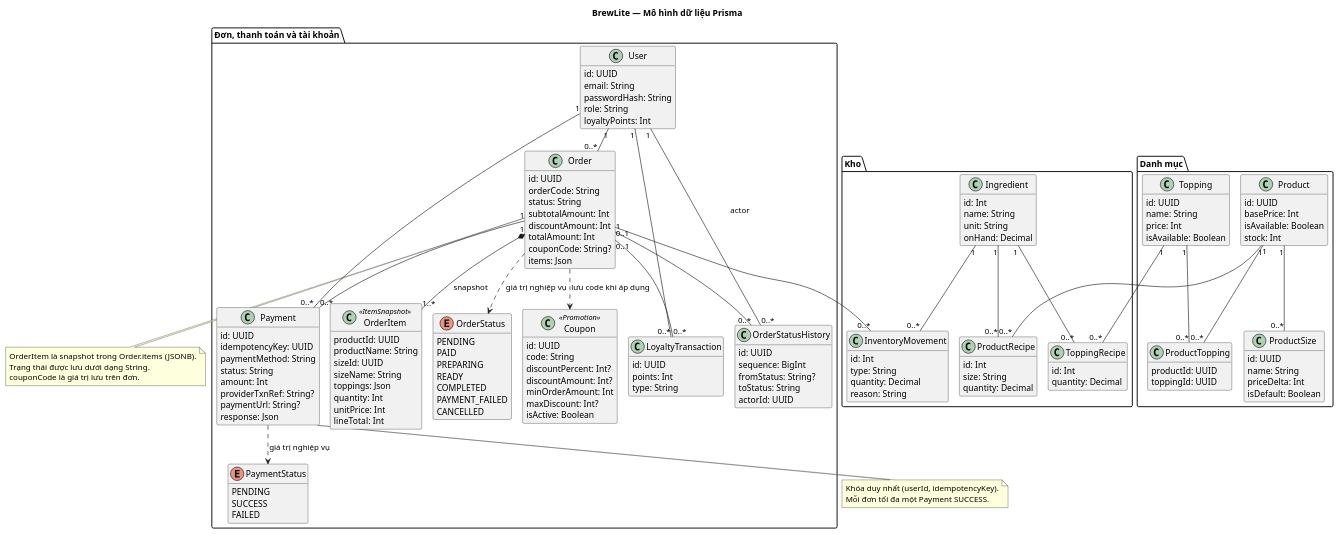
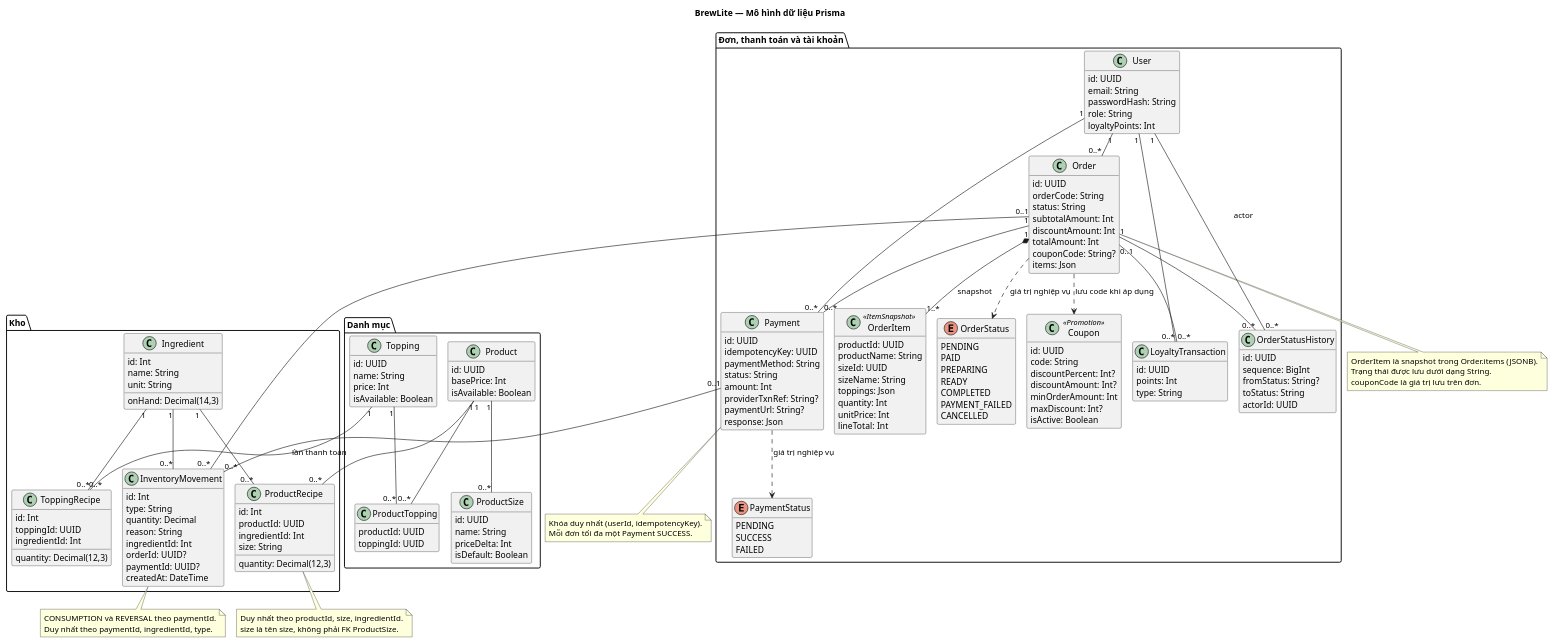
One commit to VKhair/brewlite changed the diagram in docs/diagrams/ClassDiagram_BrewLite.puml. Above: the diagram before and after it, drawn with PlantUML. The commit also changed 58 other files, not shown here.

```diff
--- a/docs/diagrams/ClassDiagram_BrewLite.puml
+++ b/docs/diagrams/ClassDiagram_BrewLite.puml
@@ -1,162 +1,178 @@
 @startuml
 title BrewLite — Mô hình dữ liệu Prisma
 !pragma layout smetana
 skinparam shadowing false
 skinparam classAttributeIconSize 0
 hide empty methods
 
 package "Danh mục" {
   class Product {
     id: UUID
     basePrice: Int
     isAvailable: Boolean
-    stock: Int
   }
   class ProductSize {
     id: UUID
     name: String
     priceDelta: Int
     isDefault: Boolean
   }
   class Topping {
     id: UUID
     name: String
     price: Int
     isAvailable: Boolean
   }
   class ProductTopping {
     productId: UUID
     toppingId: UUID
   }
 }
 
 package "Đơn, thanh toán và tài khoản" {
   class User {
     id: UUID
     email: String
     passwordHash: String
     role: String
     loyaltyPoints: Int
   }
   class Order {
     id: UUID
     orderCode: String
     status: String
     subtotalAmount: Int
     discountAmount: Int
     totalAmount: Int
     couponCode: String?
     items: Json
   }
   class OrderItem <<ItemSnapshot>> {
     productId: UUID
     productName: String
     sizeId: UUID
     sizeName: String
     toppings: Json
     quantity: Int
     unitPrice: Int
     lineTotal: Int
   }
   enum OrderStatus {
     PENDING
     PAID
     PREPARING
     READY
     COMPLETED
     PAYMENT_FAILED
     CANCELLED
   }
   enum PaymentStatus {
     PENDING
     SUCCESS
     FAILED
   }
   class OrderStatusHistory {
     id: UUID
     sequence: BigInt
     fromStatus: String?
     toStatus: String
     actorId: UUID
   }
   class Payment {
     id: UUID
     idempotencyKey: UUID
     paymentMethod: String
     status: String
     amount: Int
     providerTxnRef: String?
     paymentUrl: String?
     response: Json
   }
   class Coupon <<Promotion>> {
     id: UUID
     code: String
     discountPercent: Int?
     discountAmount: Int?
     minOrderAmount: Int
     maxDiscount: Int?
     isActive: Boolean
   }
   class LoyaltyTransaction {
     id: UUID
     points: Int
     type: String
   }
 }
 
 package "Kho" {
   class Ingredient {
     id: Int
     name: String
     unit: String
-    onHand: Decimal
+    onHand: Decimal(14,3)
   }
   class ProductRecipe {
     id: Int
+    productId: UUID
+    ingredientId: Int
     size: String
-    quantity: Decimal
+    quantity: Decimal(12,3)
   }
   class ToppingRecipe {
     id: Int
-    quantity: Decimal
+    toppingId: UUID
+    ingredientId: Int
+    quantity: Decimal(12,3)
   }
   class InventoryMovement {
     id: Int
     type: String
     quantity: Decimal
     reason: String
+    ingredientId: Int
+    orderId: UUID?
+    paymentId: UUID?
+    createdAt: DateTime
   }
 }
 
 Product "1" -- "0..*" ProductSize
 Product "1" -- "0..*" ProductTopping
 Topping "1" -- "0..*" ProductTopping
 User "1" -- "0..*" Order
 Order "1" *-- "1..*" OrderItem : snapshot
 Order ..> OrderStatus : giá trị nghiệp vụ
 Payment ..> PaymentStatus : giá trị nghiệp vụ
 User "1" -- "0..*" OrderStatusHistory : actor
 Order "1" -- "0..*" OrderStatusHistory
 Order "1" -- "0..*" Payment
 User "1" -- "0..*" Payment
 User "1" -- "0..*" LoyaltyTransaction
 Order "0..1" -- "0..*" LoyaltyTransaction
 Order ..> Coupon : lưu code khi áp dụng
 Product "1" -- "0..*" ProductRecipe
 Topping "1" -- "0..*" ToppingRecipe
 Ingredient "1" -- "0..*" ProductRecipe
 Ingredient "1" -- "0..*" ToppingRecipe
 Ingredient "1" -- "0..*" InventoryMovement
 Order "0..1" -- "0..*" InventoryMovement
+Payment "0..1" -- "0..*" InventoryMovement : lần thanh toán
+note bottom of InventoryMovement
+  CONSUMPTION và REVERSAL theo paymentId.
+  Duy nhất theo paymentId, ingredientId, type.
+end note
+note bottom of ProductRecipe
+  Duy nhất theo productId, size, ingredientId.
+  size là tên size, không phải FK ProductSize.
+end note
 
 note bottom of Order
   OrderItem là snapshot trong Order.items (JSONB).
   Trạng thái được lưu dưới dạng String.
   couponCode là giá trị lưu trên đơn.
 end note
 note bottom of Payment
   Khóa duy nhất (userId, idempotencyKey).
   Mỗi đơn tối đa một Payment SUCCESS.
 end note
 @enduml
```
